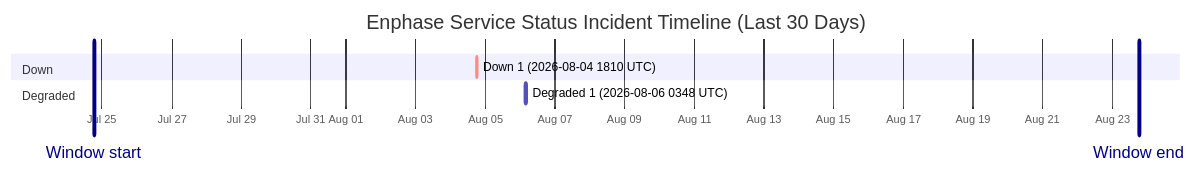
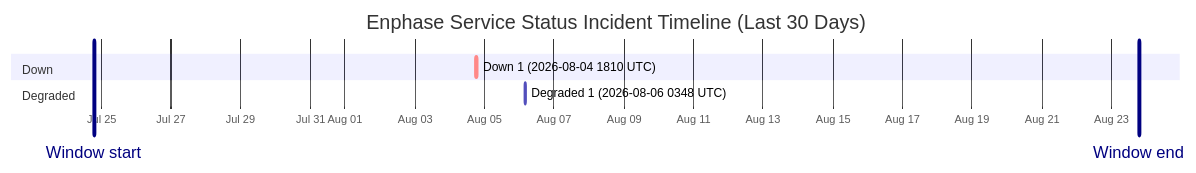
The diagram in wiki/Service-Status-History.md (barneyonline/ha-enphase-energy), drawn with Mermaid before and after one commit. The commit also changed other lines of this file and 3 other files, not shown here.

````diff
--- a/wiki/Service-Status-History.md
+++ b/wiki/Service-Status-History.md
@@ -14,12 +14,12 @@
 ```mermaid
 gantt
     title Enphase Service Status Incident Timeline (Last 30 Days)
     dateFormat  YYYY-MM-DDTHH:mm:ss
     axisFormat  %b %d
-    Window start :vert, window-start, 2026-07-24T18:26:05, 0ms
-    Window end :vert, window-end, 2026-08-23T18:26:05, 0ms
+    Window start :vert, window-start, 2026-07-24T18:56:53, 0ms
+    Window end :vert, window-end, 2026-08-23T18:56:53, 0ms
     section Down
     Down 1 (2026-08-04 1810 UTC) :crit, down-1, 2026-08-04T18:10:46, 60m
     section Degraded
     Degraded 1 (2026-08-06 0348 UTC) :active, degraded-1, 2026-08-06T03:48:14, 60m
 ```
````
